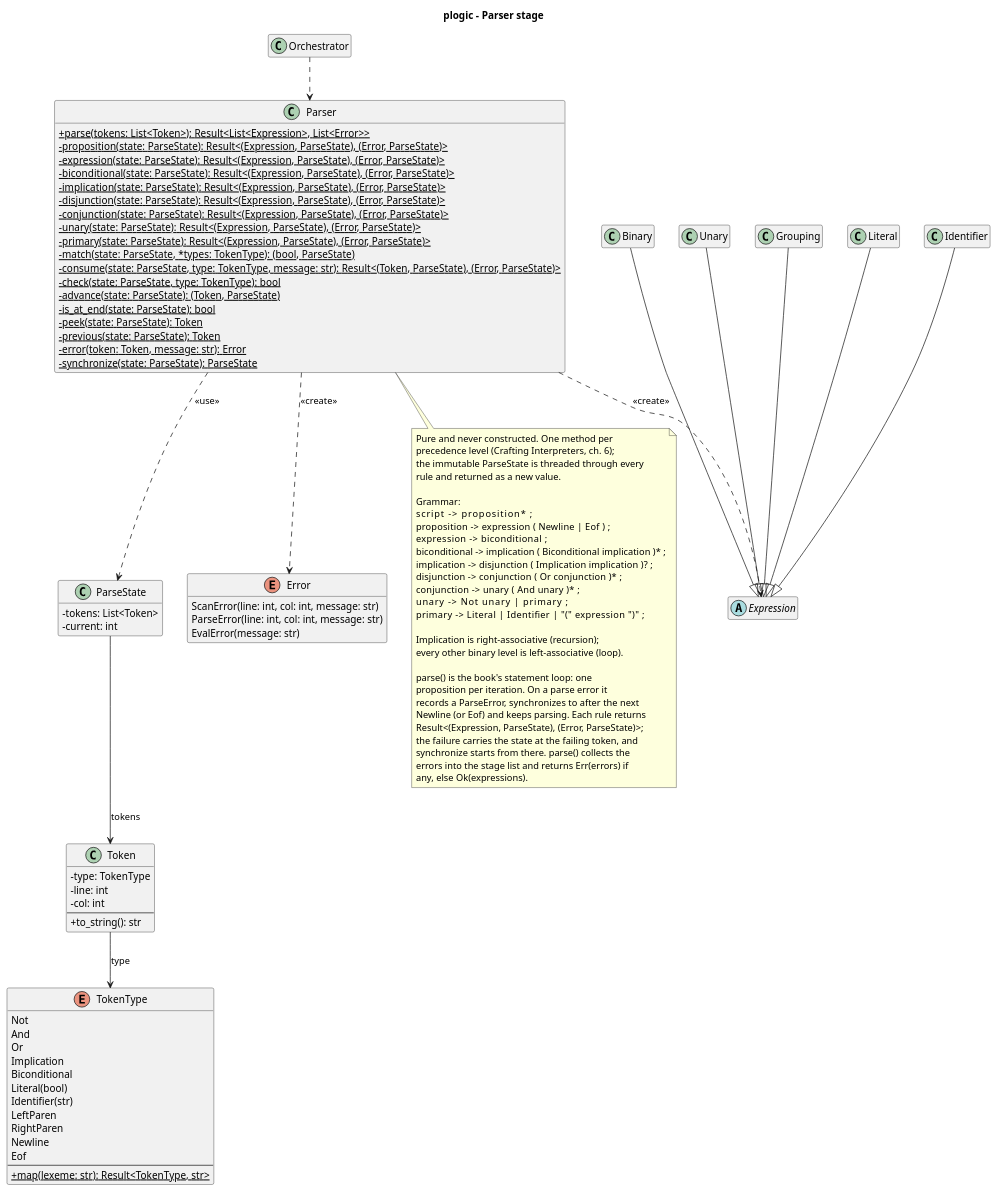
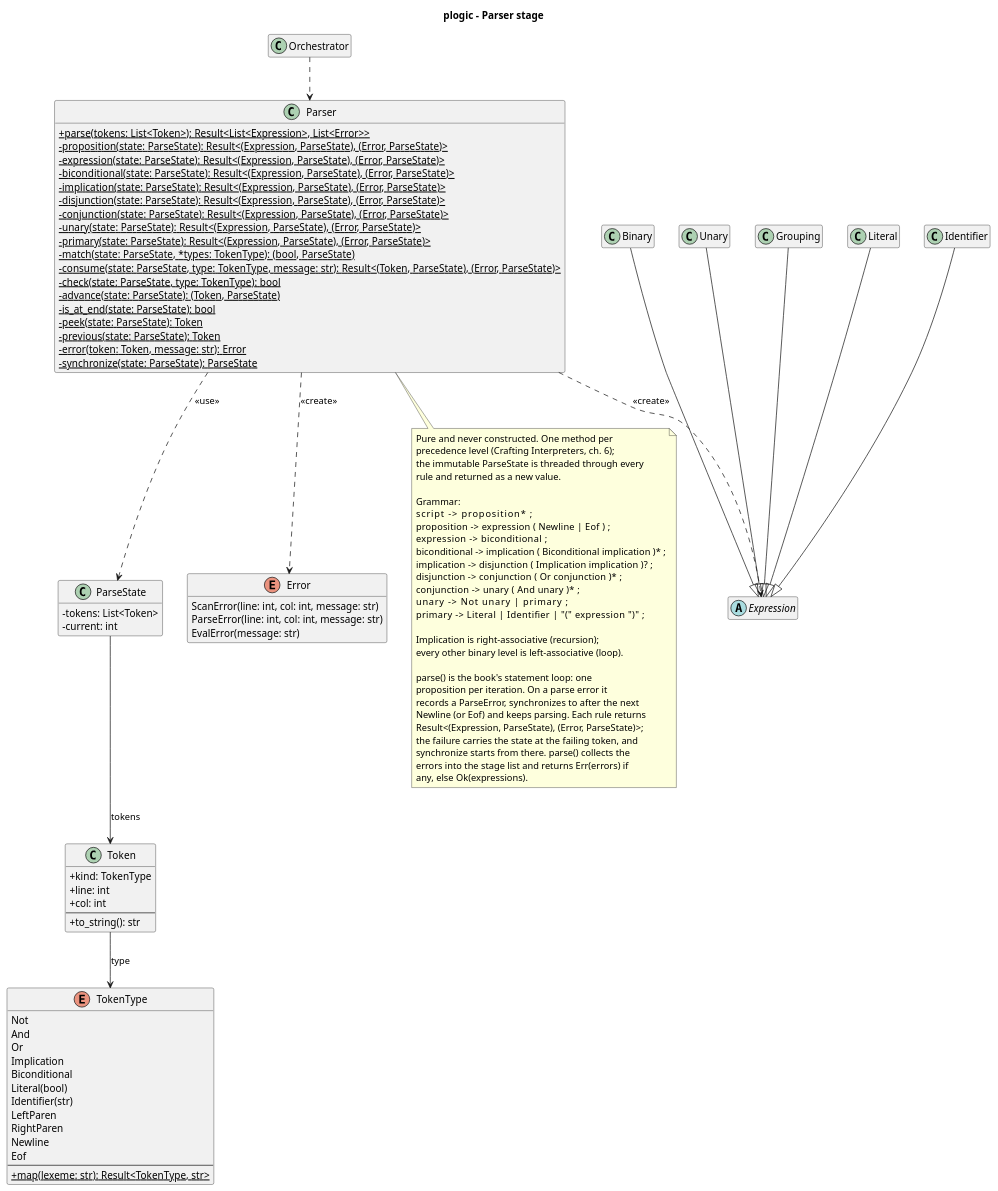
The diagram in design/diagrams/parser_class.puml (Josgtg/plogic), drawn with PlantUML before and after one commit. The commit also changed 5 other files, not shown here.

```diff
--- a/design/diagrams/parser_class.puml
+++ b/design/diagrams/parser_class.puml
@@ -1,123 +1,123 @@
 @startuml parser_class
 title plogic - Parser stage
 
 skinparam classAttributeIconSize 0
 hide empty members
 
 class Orchestrator
 
 enum TokenType {
   Not
   And
   Or
   Implication
   Biconditional
   Literal(bool)
   Identifier(str)
   LeftParen
   RightParen
   Newline
   Eof
   --
   +{static} map(lexeme: str): Result<TokenType, str>
 }
 
 class Token {
-  -type: TokenType
-  -line: int
-  -col: int
+  +kind: TokenType
+  +line: int
+  +col: int
   --
   +to_string(): str
 }
 
 class ParseState {
   -tokens: List<Token>
   -current: int
 }
 
 class Parser {
   +{static} parse(tokens: List<Token>): Result<List<Expression>, List<Error>>
   -{static} proposition(state: ParseState): Result<(Expression, ParseState), (Error, ParseState)>
   -{static} expression(state: ParseState): Result<(Expression, ParseState), (Error, ParseState)>
   -{static} biconditional(state: ParseState): Result<(Expression, ParseState), (Error, ParseState)>
   -{static} implication(state: ParseState): Result<(Expression, ParseState), (Error, ParseState)>
   -{static} disjunction(state: ParseState): Result<(Expression, ParseState), (Error, ParseState)>
   -{static} conjunction(state: ParseState): Result<(Expression, ParseState), (Error, ParseState)>
   -{static} unary(state: ParseState): Result<(Expression, ParseState), (Error, ParseState)>
   -{static} primary(state: ParseState): Result<(Expression, ParseState), (Error, ParseState)>
   -{static} match(state: ParseState, *types: TokenType): (bool, ParseState)
   -{static} consume(state: ParseState, type: TokenType, message: str): Result<(Token, ParseState), (Error, ParseState)>
   -{static} check(state: ParseState, type: TokenType): bool
   -{static} advance(state: ParseState): (Token, ParseState)
   -{static} is_at_end(state: ParseState): bool
   -{static} peek(state: ParseState): Token
   -{static} previous(state: ParseState): Token
   -{static} error(token: Token, message: str): Error
   -{static} synchronize(state: ParseState): ParseState
 }
 
 enum Error {
   ScanError(line: int, col: int, message: str)
   ParseError(line: int, col: int, message: str)
   EvalError(message: str)
 }
 
 abstract class Expression
 
 class Binary
 
 class Unary
 
 class Grouping
 
 class Literal
 
 class Identifier
 
 note bottom of Parser
   Pure and never constructed. One method per
   precedence level (Crafting Interpreters, ch. 6);
   the immutable ParseState is threaded through every
   rule and returned as a new value.
 
   Grammar:
   script         -> proposition* ;
   proposition    -> expression ( Newline | Eof ) ;
   expression     -> biconditional ;
   biconditional  -> implication ( Biconditional implication )* ;
   implication    -> disjunction ( Implication implication )? ;
   disjunction    -> conjunction ( Or conjunction )* ;
   conjunction    -> unary ( And unary )* ;
   unary          -> Not unary | primary ;
   primary        -> Literal | Identifier | "(" expression ")" ;
 
   Implication is right-associative (recursion);
   every other binary level is left-associative (loop).
 
   parse() is the book's statement loop: one
   proposition per iteration. On a parse error it
   records a ParseError, synchronizes to after the next
   Newline (or Eof) and keeps parsing. Each rule returns
   Result<(Expression, ParseState), (Error, ParseState)>;
   the failure carries the state at the failing token, and
   synchronize starts from there. parse() collects the
   errors into the stage list and returns Err(errors) if
   any, else Ok(expressions).
 end note
 
 Orchestrator ..> Parser
 
 Parser ..> ParseState : <<use>>
 ParseState --> Token : tokens
 Token --> TokenType : type
 
 Parser ..> Expression : <<create>>
 Parser ..> Error : <<create>>
 
 Binary --|> Expression
 Unary --|> Expression
 Grouping --|> Expression
 Literal --|> Expression
 Identifier --|> Expression
 
 @enduml
```
